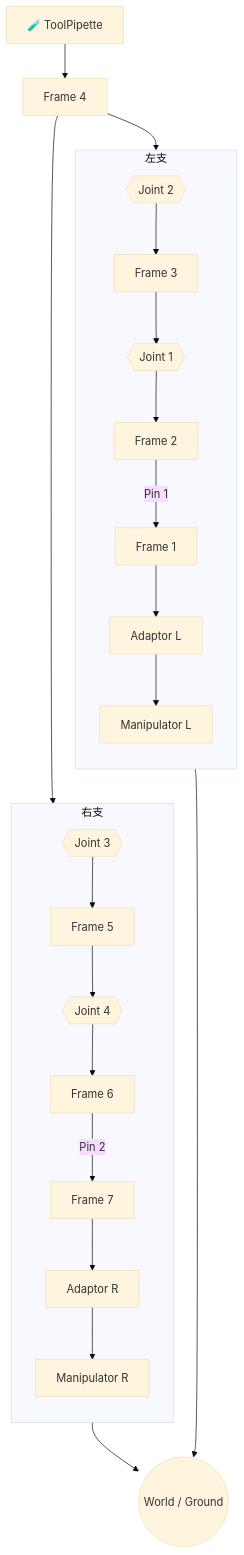
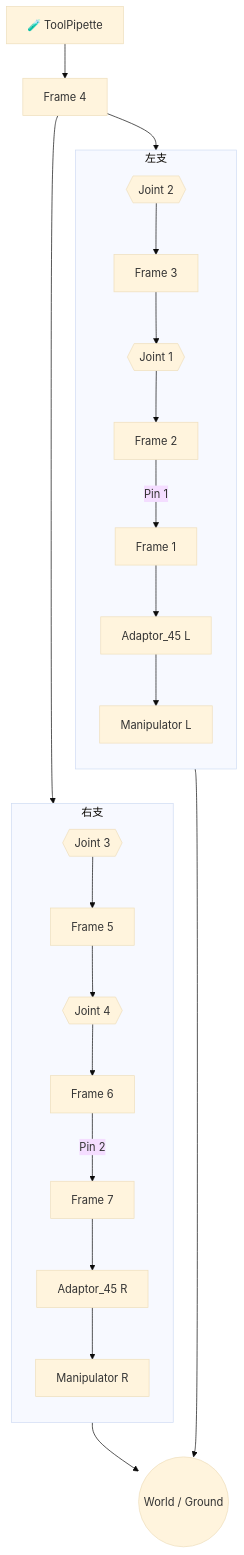
The diagram in specs/dsl/cases/mrex_3t2r_001/README.md (Axiom117/mrex_symbolic_kinematics), drawn with Mermaid (base theme) before and after one commit. The commit also changed other lines of this file and 38 other files, not shown here.

````diff
--- a/specs/dsl/cases/mrex_3t2r_001/README.md
+++ b/specs/dsl/cases/mrex_3t2r_001/README.md
@@ -23,26 +23,26 @@
 ```mermaid
 flowchart TD
     pipette[🧪 ToolPipette] --> f4[Frame 4]
 
     subgraph left["左支"]
         direction TB
-        j2{{Joint 2}} --> f3[Frame 3] --> j1{{Joint 1}} --> f2[Frame 2] -->|Pin 1| f1[Frame 1] --> aL[Adaptor L] --> mL[Manipulator L]
+        j2{{Joint 2}} --> f3[Frame 3] --> j1{{Joint 1}} --> f2[Frame 2] -->|Pin 1| f1[Frame 1] --> aL[Adaptor_45 L] --> mL[Manipulator L]
     end
 
     subgraph right["右支"]
         direction TB
-        j3{{Joint 3}} --> f5[Frame 5] --> j4{{Joint 4}} --> f6[Frame 6] -->|Pin 2| f7[Frame 7] --> aR[Adaptor R] --> mR[Manipulator R]
+        j3{{Joint 3}} --> f5[Frame 5] --> j4{{Joint 4}} --> f6[Frame 6] -->|Pin 2| f7[Frame 7] --> aR[Adaptor_45 R] --> mR[Manipulator R]
     end
 
     f4 --> j2
     f4 --> j3
 
     j2 ~~~ j3
     f3 ~~~ f5
     j1 ~~~ j4
     f2 ~~~ f6
     mL ~~~ mR
 
     mL --> ground((World / Ground))
     mR --> ground
 ```
````
